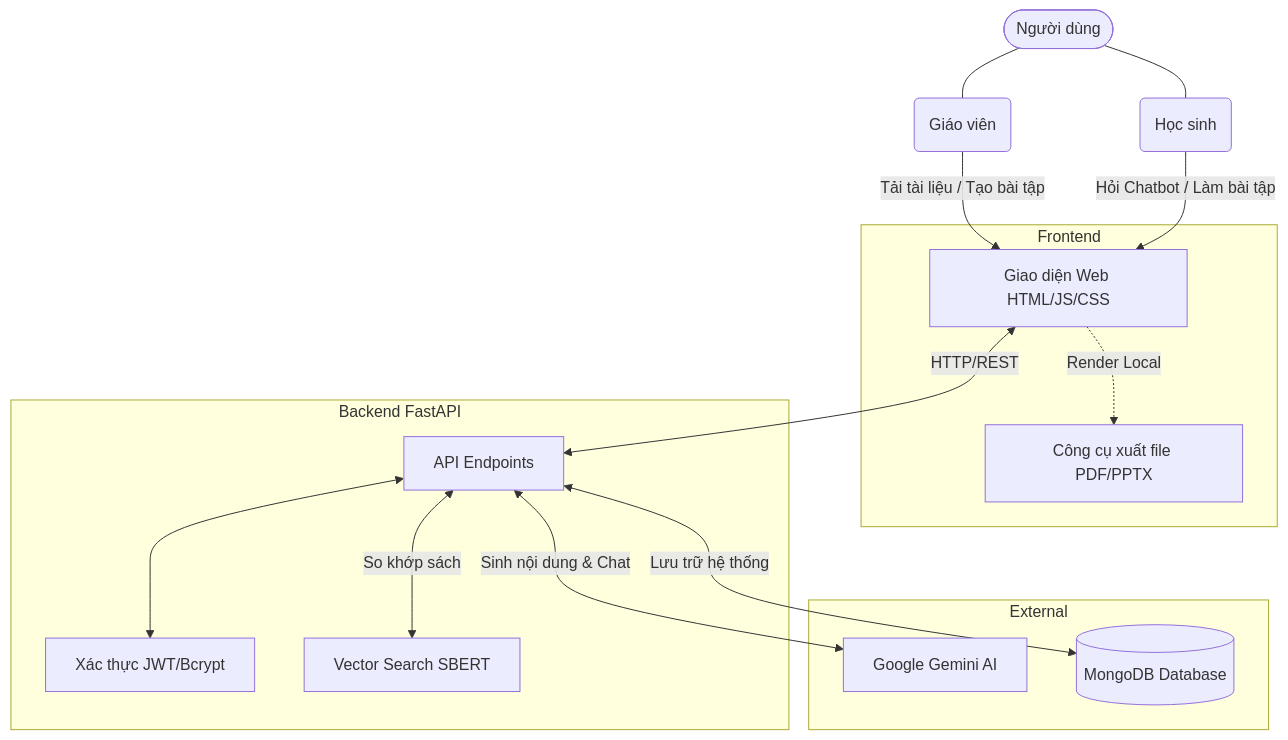
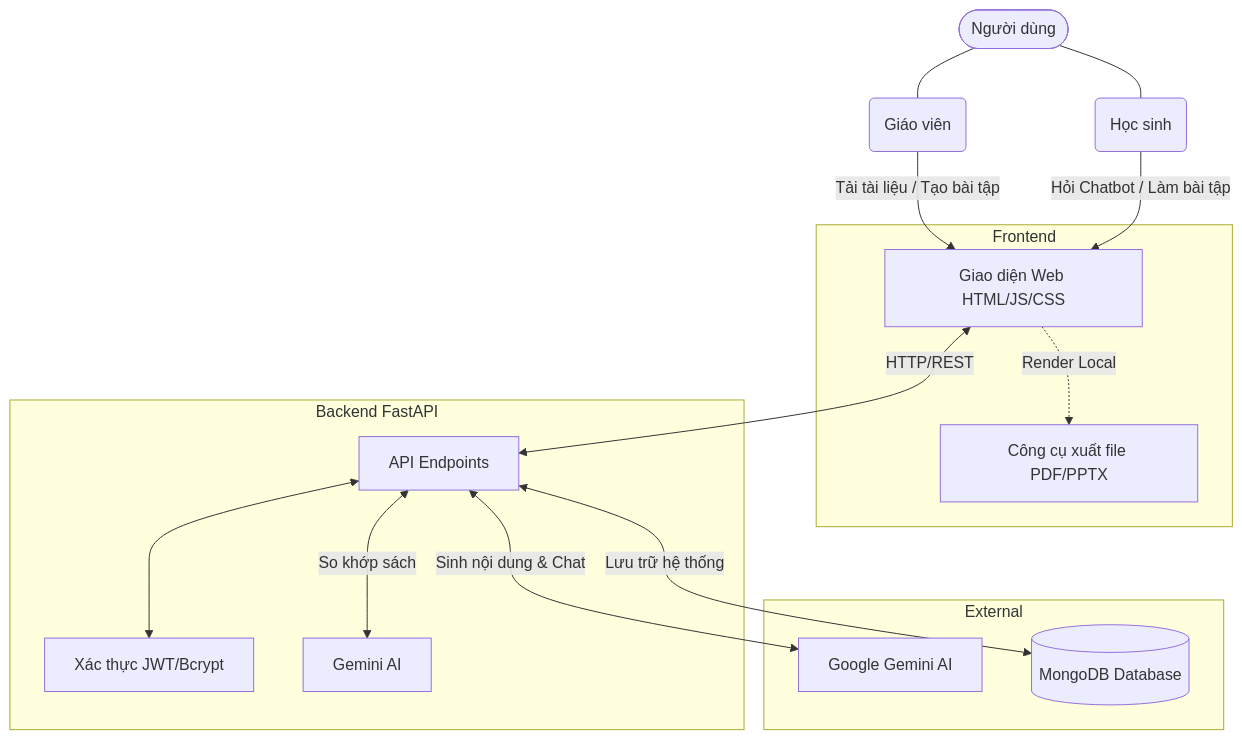
Before and after one commit to khoidesu/BookBridge: the diagram in readme.md, drawn with Mermaid. The commit also changed other lines of this file, not shown here.

````diff
--- a/readme.md
+++ b/readme.md
@@ -100,35 +100,35 @@
 ```mermaid
 graph TD
     User([Người dùng])
     Student(Học sinh)
     Teacher(Giáo viên)
     User --- Student
     User --- Teacher
 
     subgraph Frontend
         WebUI[Giao diện Web HTML/JS/CSS]
         Export[Công cụ xuất file PDF/PPTX]
     end
 
     subgraph Backend FastAPI
         API[API Endpoints]
         Auth[Xác thực JWT/Bcrypt]
-        Vector[Vector Search SBERT]
+        Vector[Gemini AI]
     end
 
     subgraph External
         Gemini[Google Gemini AI]
         MongoDB[(MongoDB Database)]
     end
 
     Teacher -->|Tải tài liệu / Tạo bài tập| WebUI
     Student -->|Hỏi Chatbot / Làm bài tập| WebUI
 
     WebUI <-->|HTTP/REST| API
     WebUI -.->|Render Local| Export
 
     API <--> Auth
     API <-->|Sinh nội dung & Chat| Gemini
     API <-->|Lưu trữ hệ thống| MongoDB
     API <-->|So khớp sách| Vector
 ```
````
